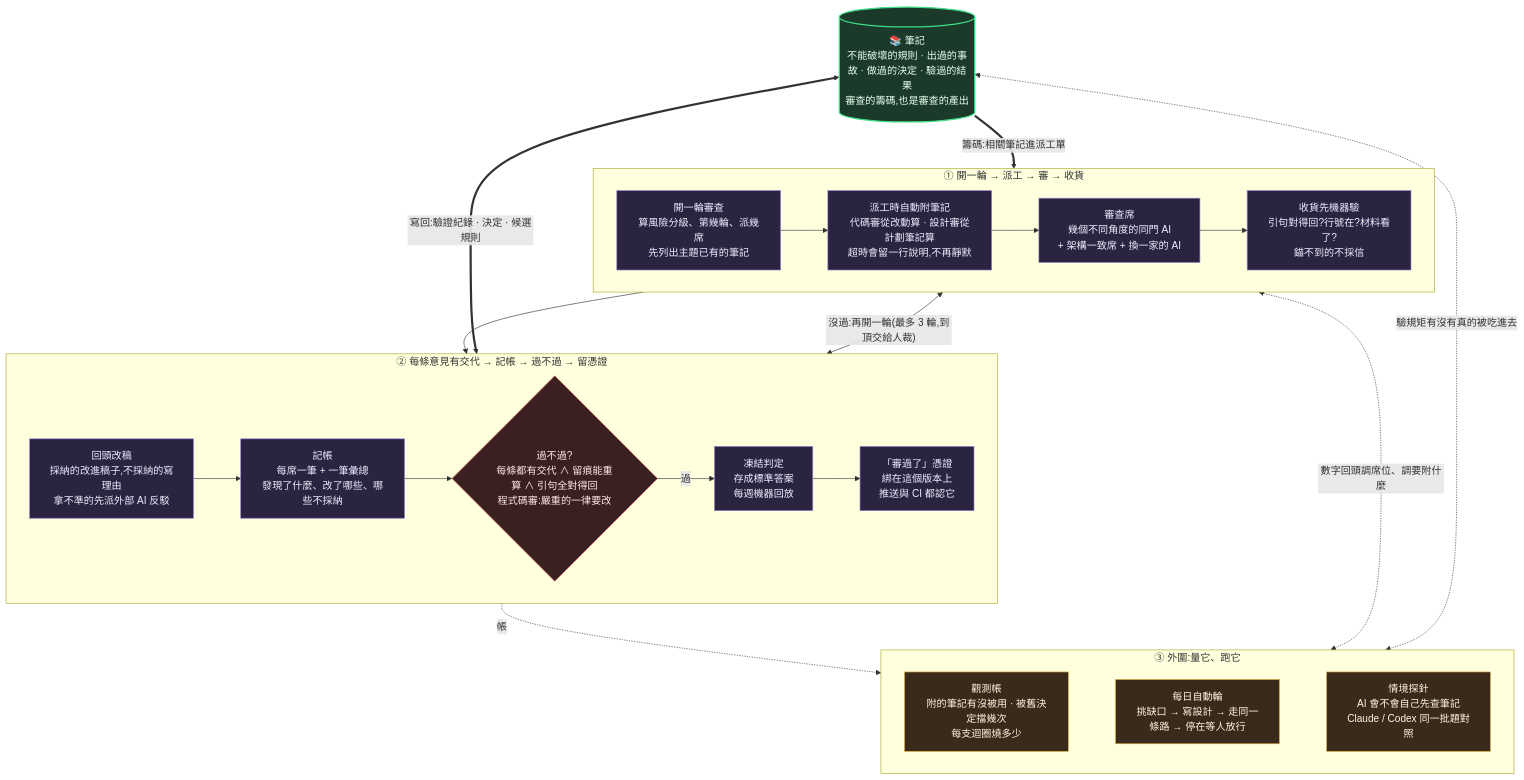
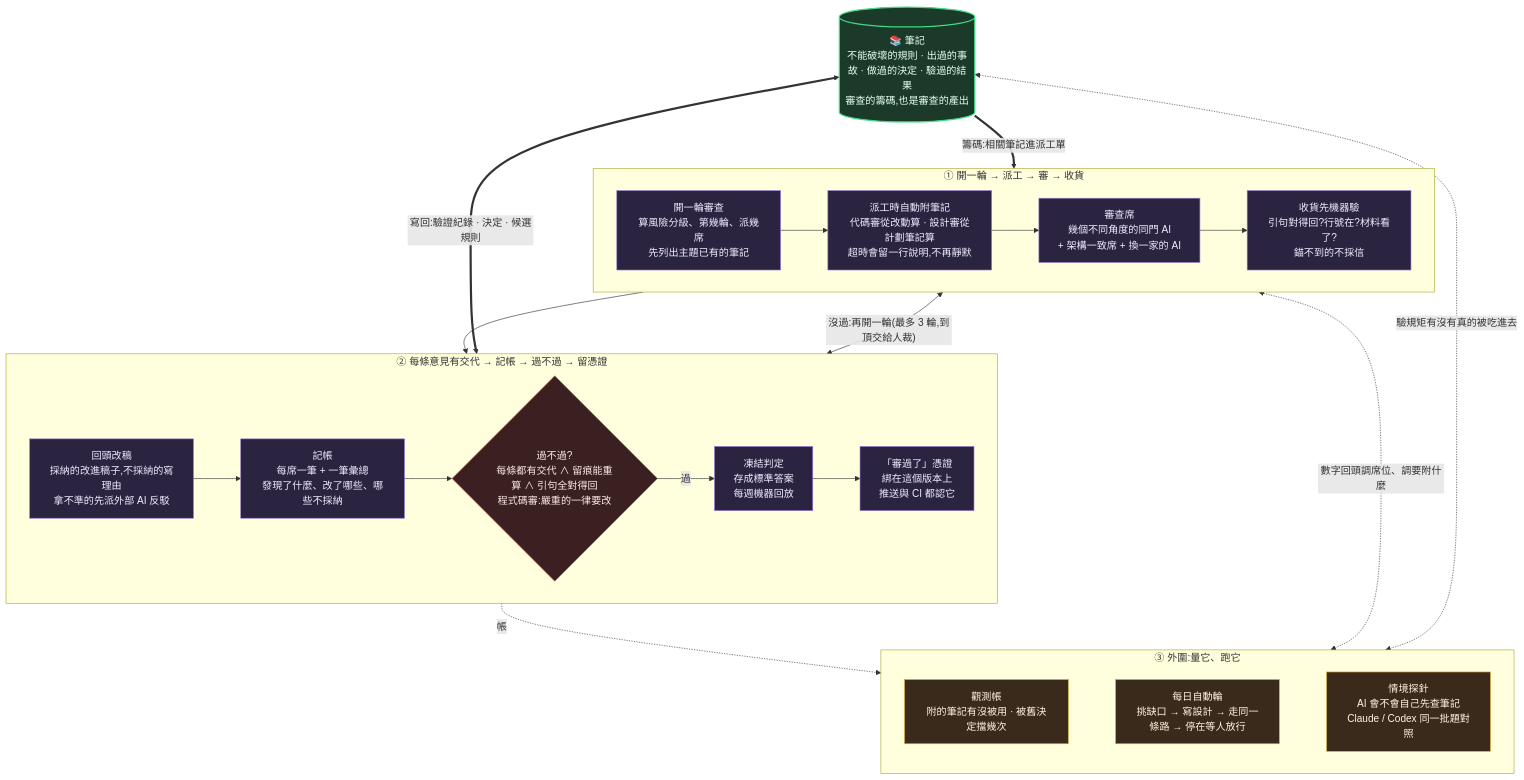
One commit to EnzoHsieh-Android/Lumos changed the diagram in docs/心智模型.md. Above: the diagram before and after it, drawn with Mermaid. The commit also changed other lines of this file and 17 other files, not shown here.

First line of the commit message:
docs: 三份深度文重編、配五張圖、全翻英文

````diff
--- a/docs/心智模型.md
+++ b/docs/心智模型.md
@@ -106,36 +100,36 @@
 ```mermaid
 flowchart TB
     NODES[("📚 筆記<br/>不能破壞的規則 · 出過的事故 · 做過的決定 · 驗過的結果<br/>審查的籌碼,也是審查的產出")]
 
     subgraph R1["① 開一輪 → 派工 → 審 → 收貨"]
         direction LR
         NEXT["開一輪審查<br/>算風險分級、第幾輪、派幾席<br/>先列出主題已有的筆記"] --> LENS["派工時自動附筆記<br/>代碼審從改動算 · 設計審從計劃筆記算<br/>超時會留一行說明,不再靜默"] --> SEATS["審查席<br/>幾個不同角度的同門 AI<br/>+ 架構一致席 + 換一家的 AI"] --> INTAKE["收貨先機器驗<br/>引句對得回?行號在?材料看了?<br/>錨不到的不採信"]
     end
 
     subgraph R2["② 每條意見有交代 → 記帳 → 過不過 → 留憑證"]
         direction LR
         FOLD["回頭改稿<br/>採納的改進稿子,不採納的寫理由<br/>拿不準的先派外部 AI 反駁"] --> LEDGER["記帳<br/>每席一筆 + 一筆彙總<br/>發現了什麼、改了哪些、哪些不採納"] --> GATE{"過不過?<br/>每條都有交代 ∧ 留痕能重算 ∧ 引句全對得回<br/>程式碼審:嚴重的一律要改"} -->|過| FREEZE["凍結判定<br/>存成標準答案<br/>每週機器回放"] --> PASS["「審過了」憑證<br/>綁在這個版本上<br/>推送與 CI 都認它"]
     end
 
     subgraph R3["③ 外圍:量它、跑它"]
         direction LR
-        OBS["觀測帳<br/>附的筆記有沒被用 · 被舊決定擋幾次<br/>每支迴圈燒多少"] ~~~ AUTO["每日自動輪<br/>挑缺口 → 寫設計 → 走同一條路 → 停在等人放行"] ~~~ PROBE["情境探針<br/>AI 會不會自己先查筆記<br/>Claude / Codex 同一批題對照"]
+        OBS["觀測帳<br/>附的筆記有沒被用 · 被舊決定擋幾次"] ~~~ AUTO["每日自動輪<br/>挑缺口 → 寫設計 → 走同一條路 → 停在等人放行"] ~~~ PROBE["情境探針<br/>AI 會不會自己先查筆記<br/>Claude / Codex 同一批題對照"]
     end
 
     NODES ==>|"籌碼:相關筆記進派工單"| R1
     R1 --> R2
     R2 -.->|"帳"| R3
     NODES <==>|"寫回:驗證紀錄 · 決定 · 候選規則"| R2
     R1 <-->|"沒過:再開一輪(最多 3 輪,到頂交給人裁)"| R2
     R1 <-.->|"數字回頭調席位、調要附什麼"| R3
     NODES <-.->|"驗規矩有沒有真的被吃進去"| R3
 
     classDef gnode fill:#1b3a2a,stroke:#3ddc84,stroke-width:2px,color:#e8fff0
     classDef step fill:#2a2440,stroke:#9a7bd6,color:#f0ecff
     classDef gate fill:#3a2020,stroke:#dc5b5b,color:#ffe8e8
     classDef obs fill:#3a2a1b,stroke:#dcab3d,color:#fff5e0
     class NODES gnode
     class NEXT,LENS,SEATS,INTAKE,FOLD,LEDGER,FREEZE,PASS step
     class GATE gate
     class OBS,AUTO,PROBE obs
 ```
````
